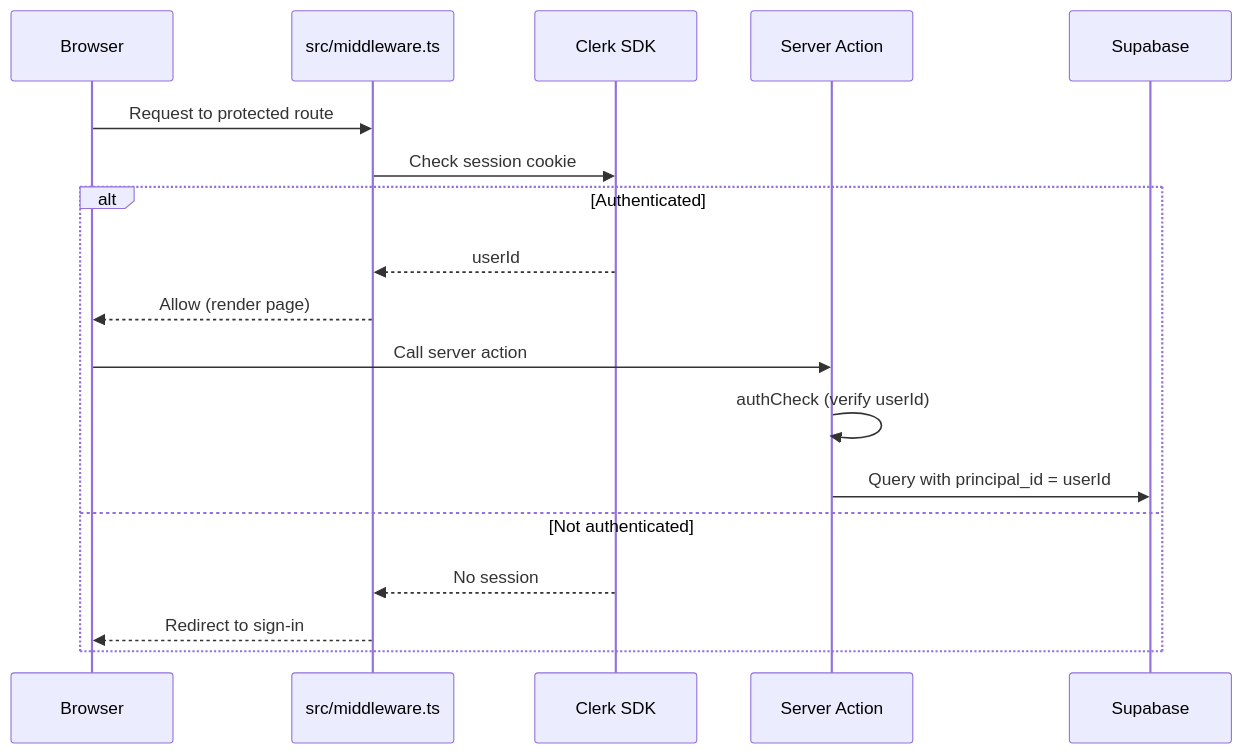
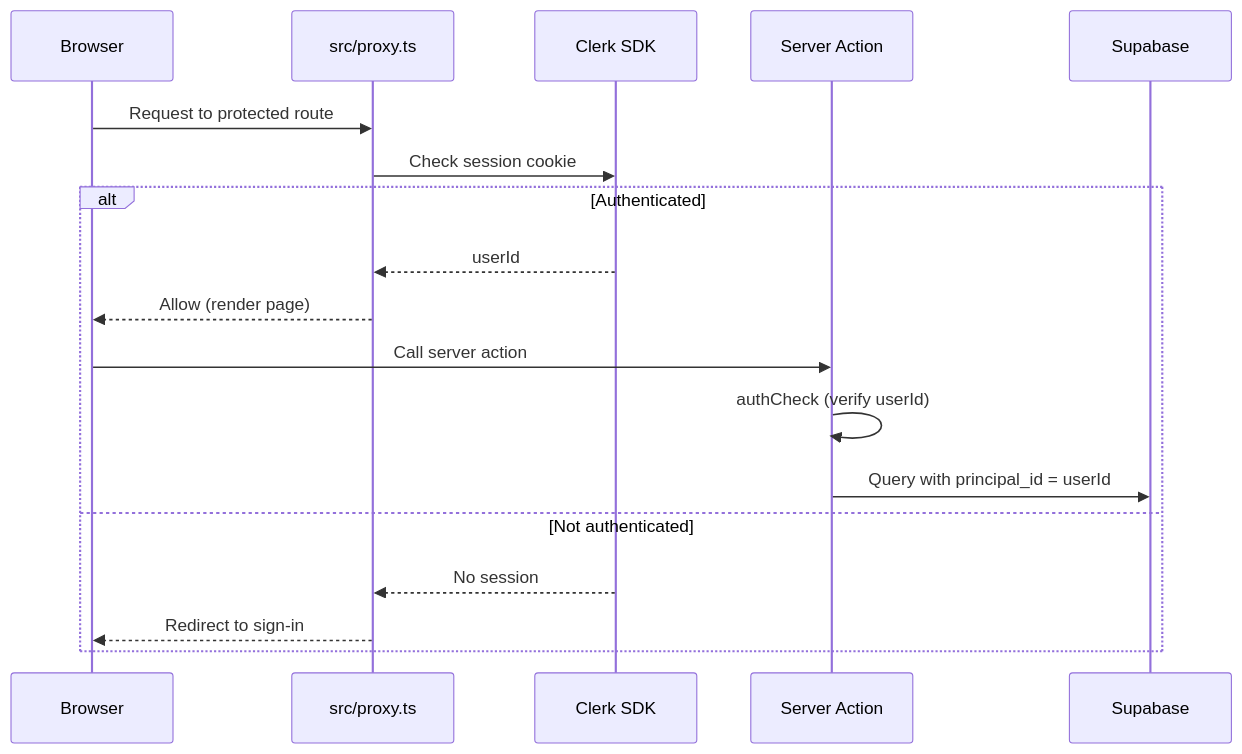
One commit to Andy00L/sharetopus changed the second of 4 diagrams in docs/AUTH.md. Above: the diagram before and after it, drawn with Mermaid. The commit also changed other lines of this file and 23 other files, not shown here.

````diff
--- a/docs/AUTH.md
+++ b/docs/AUTH.md
@@ -40,21 +77,21 @@
 ```mermaid
 sequenceDiagram
     participant Browser
-    participant Middleware as src/middleware.ts
+    participant Middleware as src/proxy.ts
     participant Clerk as Clerk SDK
     participant Action as Server Action
     participant DB as Supabase
 
     Browser->>Middleware: Request to protected route
     Middleware->>Clerk: Check session cookie
     alt Authenticated
         Clerk-->>Middleware: userId
         Middleware-->>Browser: Allow (render page)
         Browser->>Action: Call server action
         Action->>Action: authCheck (verify userId)
         Action->>DB: Query with principal_id = userId
     else Not authenticated
         Clerk-->>Middleware: No session
         Middleware-->>Browser: Redirect to sign-in
     end
 ```
````
